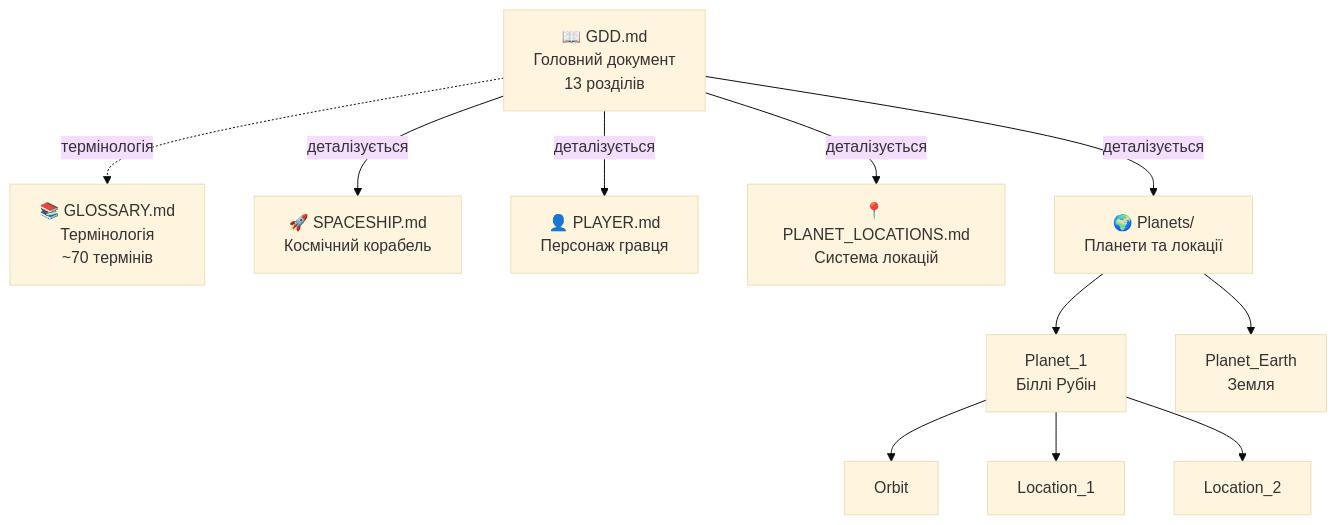
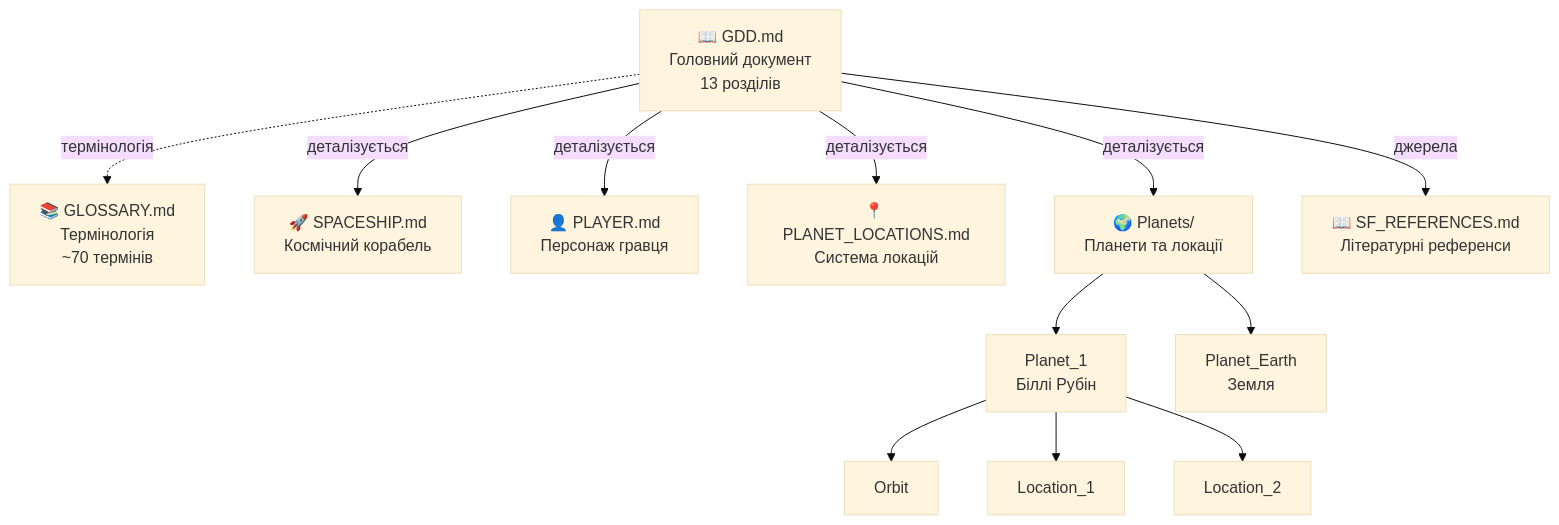
Before and after one commit to nick-fedchik/CallOfRelics: the diagram in Docs/GameDesign/README.md, drawn with Mermaid (base theme). The commit also changed other lines of this file and 2 other files, not shown here.

First line of the commit message:
feat: Capacitor spheres, electric discharges, SF literature references

````diff
--- a/Docs/GameDesign/README.md
+++ b/Docs/GameDesign/README.md
@@ -223,17 +240,18 @@
 ```mermaid
 flowchart TB
     GDD[📖 GDD.md<br/>Головний документ<br/>13 розділів]
     GLOSS[📚 GLOSSARY.md<br/>Термінологія<br/>~70 термінів]
     GDD -->|деталізується| SHIP[🚀 SPACESHIP.md<br/>Космічний корабель]
     GDD -->|деталізується| PLAYER[👤 PLAYER.md<br/>Персонаж гравця]
     GDD -->|деталізується| LOCS[📍 PLANET_LOCATIONS.md<br/>Система локацій]
     GDD -->|деталізується| PLANETS[🌍 Planets/<br/>Планети та локації]
+    GDD -->|джерела| SFREF[📖 SF_REFERENCES.md<br/>Літературні референси]
     GDD -.->|термінологія| GLOSS
 
     PLANETS --> P1[Planet_1<br/>Біллі Рубін]
     PLANETS --> PE[Planet_Earth<br/>Земля]
 
     P1 --> ORBIT[Orbit]
     P1 --> LOC1[Location_1]
     P1 --> LOC2[Location_2]
 ```
````
